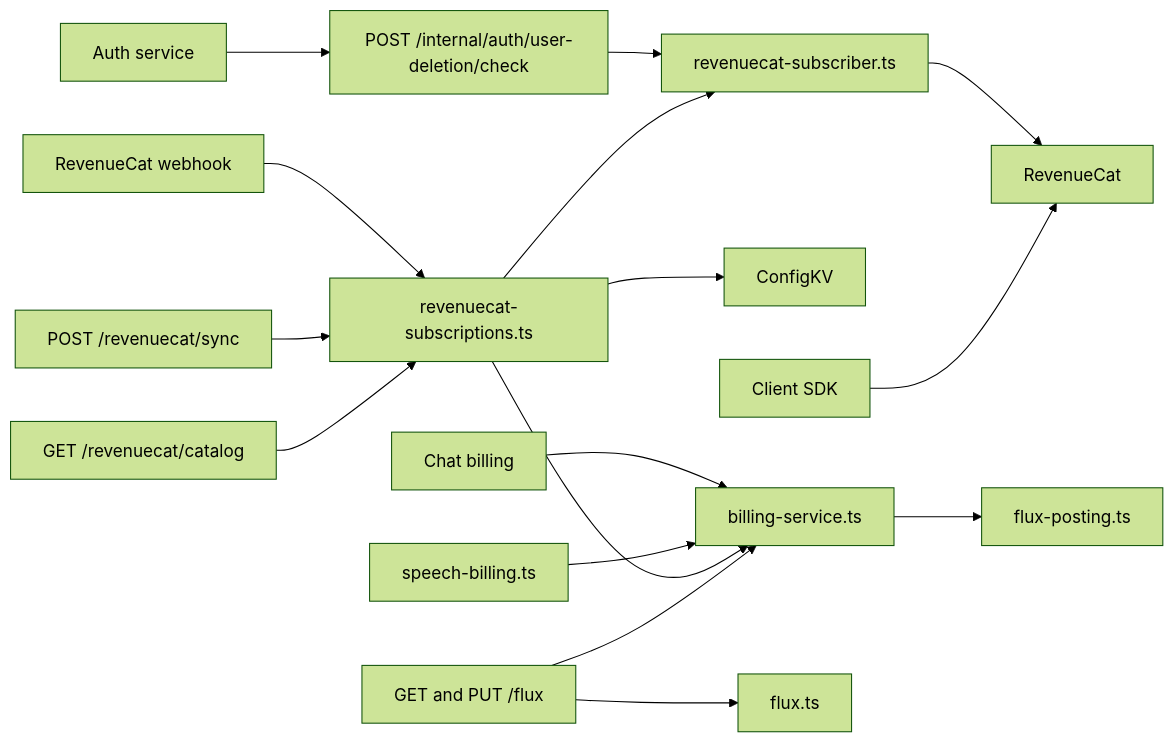
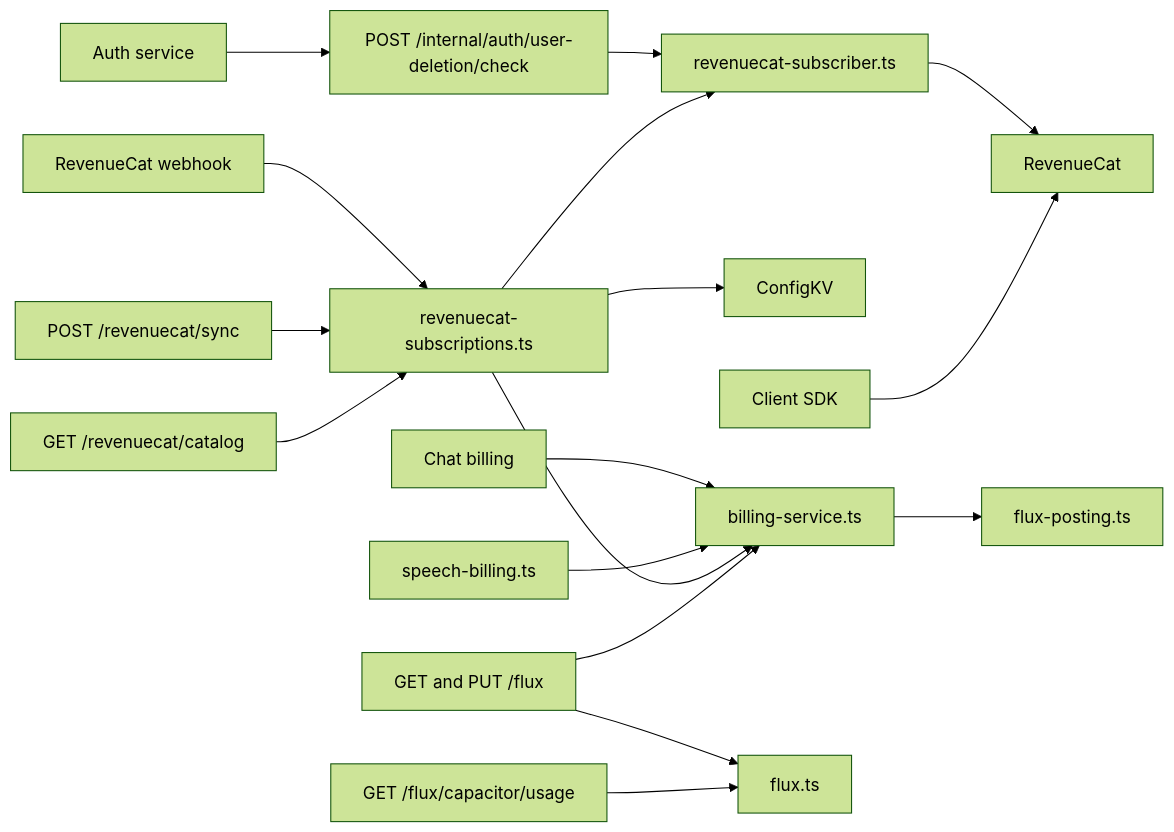
The first of 2 diagrams in server/docs/ai/adr/2026-10-04-subscription-credits.md (moeru-ai/airi), drawn with Mermaid (forest theme) before and after one commit. The commit also changed other lines of this file and 29 other files, not shown here.

````diff
--- a/server/docs/ai/adr/2026-10-04-subscription-credits.md
+++ b/server/docs/ai/adr/2026-10-04-subscription-credits.md
@@ -185,18 +192,19 @@
 ```mermaid
 flowchart LR
   Chat[Chat billing] --> Billing[billing-service.ts]
   Speech[speech-billing.ts] --> Billing
   Billing --> Posting[flux-posting.ts]
   Webhook[RevenueCat webhook] --> Sync["revenuecat-subscriptions.ts"]
   SyncRoute["POST /revenuecat/sync"] --> Sync
   CatalogRoute["GET /revenuecat/catalog"] --> Sync
   Sync --> ConfigKV["ConfigKV"]
   Auth[Auth service] --> Check["POST /internal/auth/user-deletion/check"]
   Check --> Reader
   Sync --> Reader["revenuecat-subscriber.ts"]
   Reader --> RC[RevenueCat]
   Sync --> Billing
   Client[Client SDK] --> RC
   FluxRoute["GET and PUT /flux"] --> Billing
   FluxRoute --> FluxService[flux.ts]
+  UsageRoute["GET /flux/capacitor/usage"] --> FluxService
 ```
````
